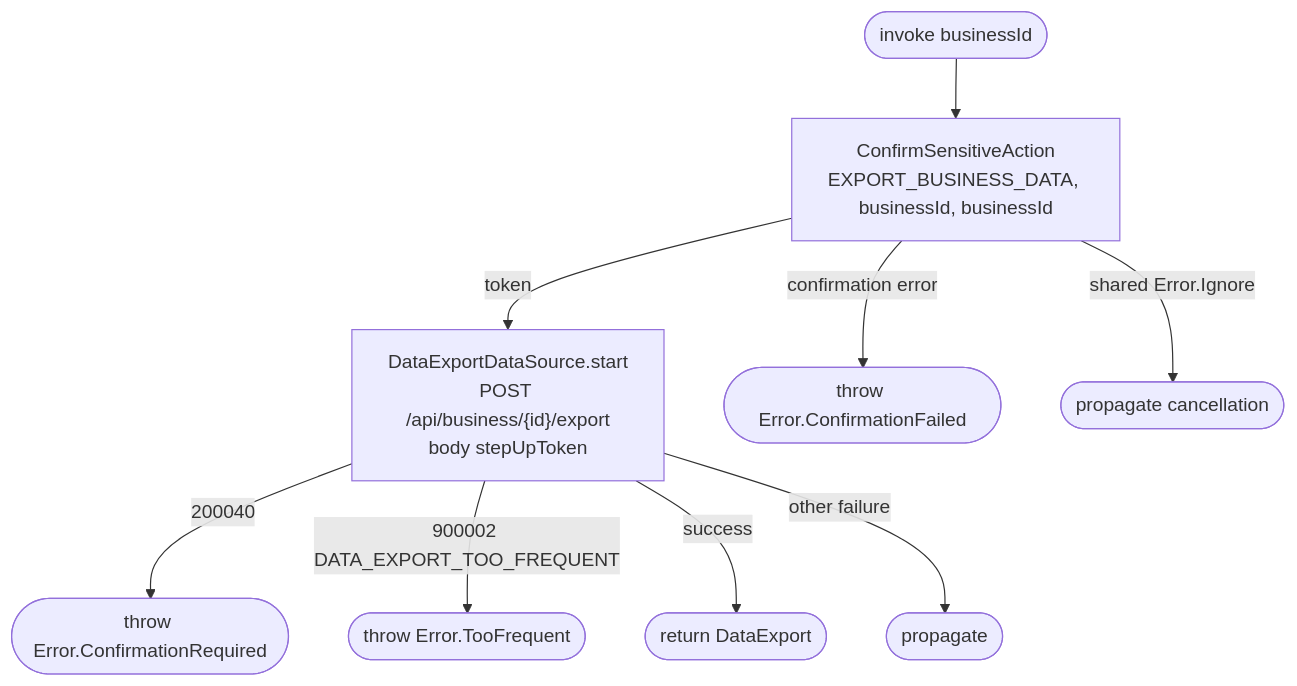
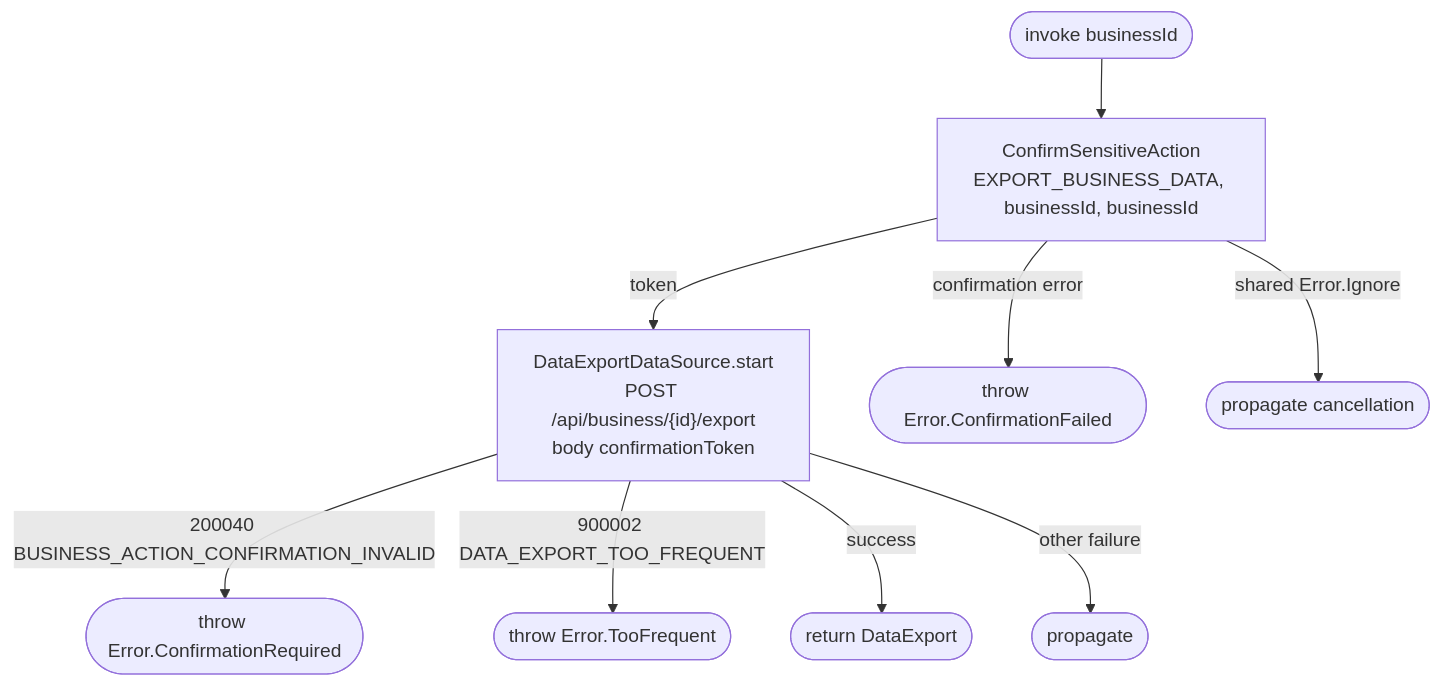
The diagram in docs/operations/business/start-business-data-export.md (nocturneproperties/bookkme-client), drawn with Mermaid before and after one commit. The commit also changed 54 other files, not shown here.

Commit message:
[ISSUE-119] rename step up flow to action confirmation

````diff
--- a/docs/operations/business/start-business-data-export.md
+++ b/docs/operations/business/start-business-data-export.md
@@ -7,11 +7,11 @@
 ```mermaid
 flowchart TD
     Start([invoke businessId]) --> Confirm[ConfirmSensitiveAction<br/>EXPORT_BUSINESS_DATA, businessId, businessId]
-    Confirm -- token --> Net["DataExportDataSource.start<br/>POST /api/business/{id}/export<br/>body stepUpToken"]
+    Confirm -- token --> Net["DataExportDataSource.start<br/>POST /api/business/{id}/export<br/>body confirmationToken"]
     Confirm -- confirmation error --> Failed([throw Error.ConfirmationFailed])
     Confirm -- shared Error.Ignore --> Cancel([propagate cancellation])
-    Net -- 200040 --> Expired([throw Error.ConfirmationRequired])
+    Net -- 200040 BUSINESS_ACTION_CONFIRMATION_INVALID --> Expired([throw Error.ConfirmationRequired])
     Net -- 900002 DATA_EXPORT_TOO_FREQUENT --> Limit([throw Error.TooFrequent])
     Net -- success --> R([return DataExport])
     Net -- other failure --> Other([propagate])
 ```
````
